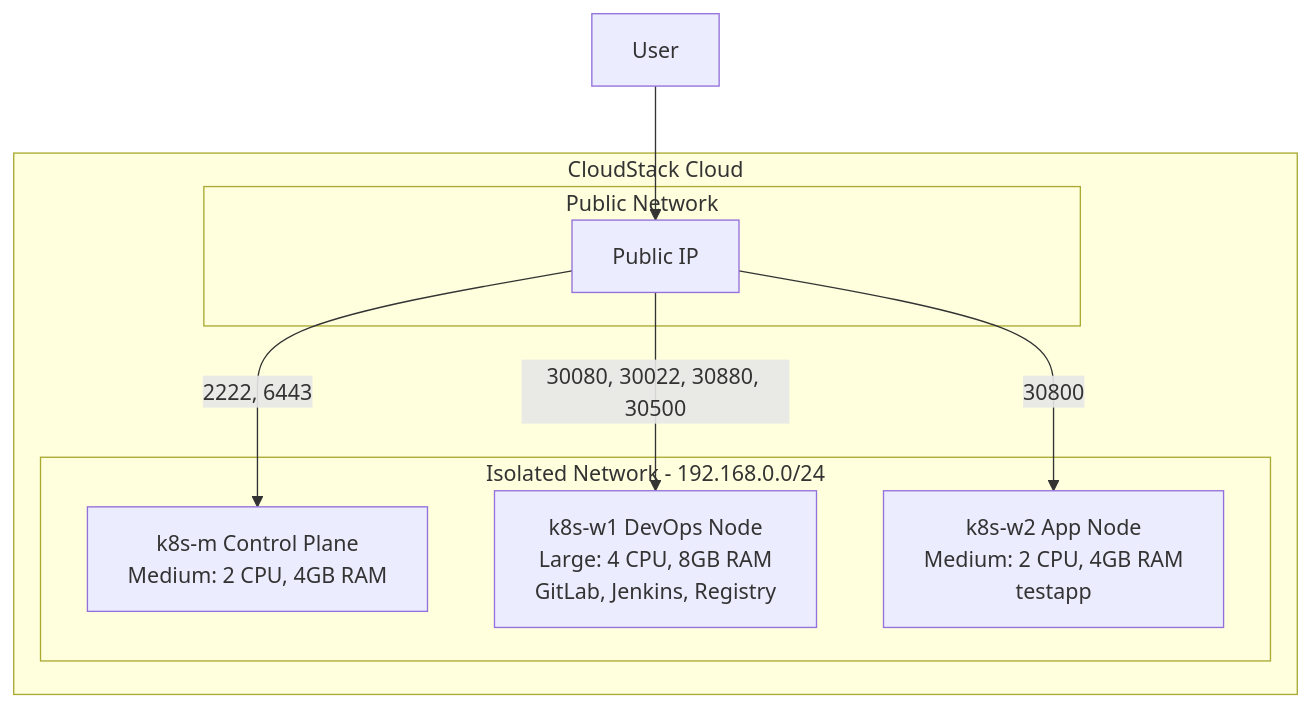
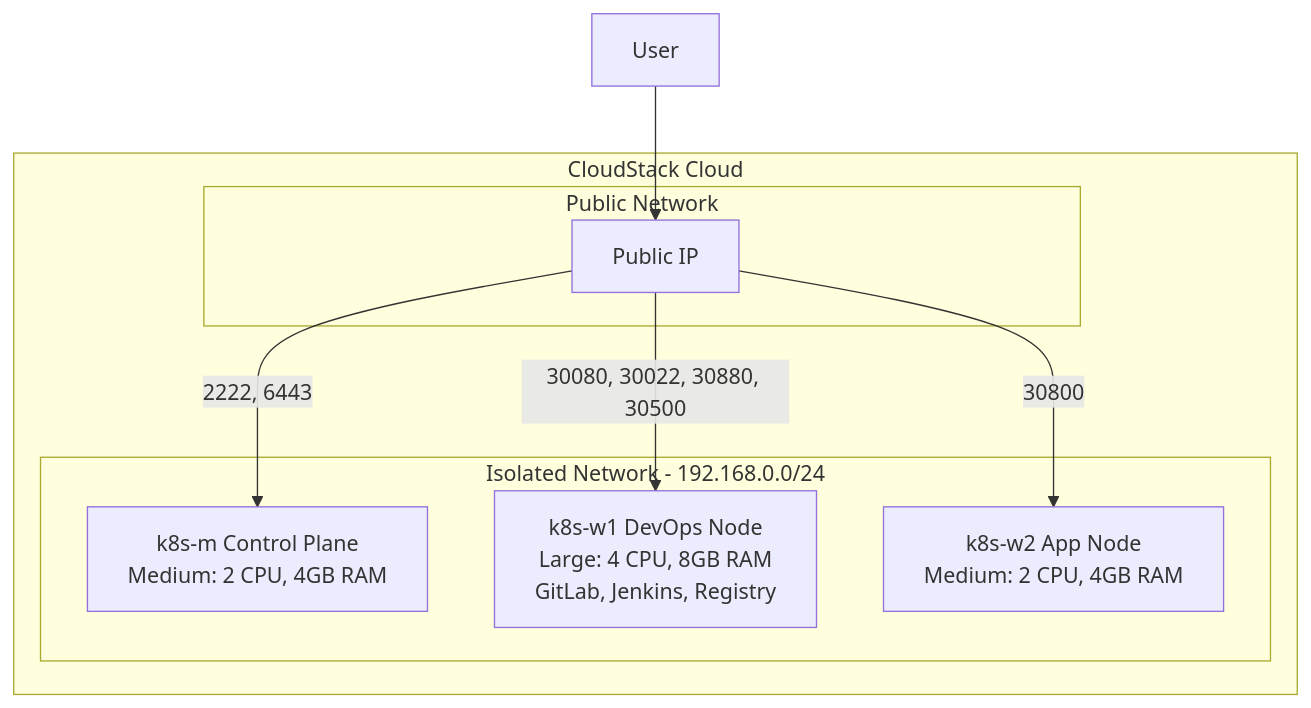
Before and after one commit to DvwN-Lee/k8s-cicd-automation: the first of 2 diagrams in README.md, drawn with Mermaid. The commit also changed other lines of this file, not shown here.

First line of the commit message:
fix: README testapp 정보 불일치 수정

````diff
--- a/README.md
+++ b/README.md
@@ -172,20 +172,20 @@
 ```mermaid
 graph TB
     User["User"] --> PIP
 
     subgraph CloudStack["CloudStack Cloud"]
         subgraph PublicNetwork["Public Network"]
             PIP["Public IP"]
         end
 
         subgraph IsolatedNetwork["Isolated Network - 192.168.0.0/24"]
             Master["k8s-m Control Plane<br/>Medium: 2 CPU, 4GB RAM"]
             Worker1["k8s-w1 DevOps Node<br/>Large: 4 CPU, 8GB RAM<br/>GitLab, Jenkins, Registry"]
-            Worker2["k8s-w2 App Node<br/>Medium: 2 CPU, 4GB RAM<br/>testapp"]
+            Worker2["k8s-w2 App Node<br/>Medium: 2 CPU, 4GB RAM"]
         end
     end
 
     PIP -->|"2222, 6443"| Master
     PIP -->|"30080, 30022, 30880, 30500"| Worker1
     PIP -->|"30800"| Worker2
 ```
````
